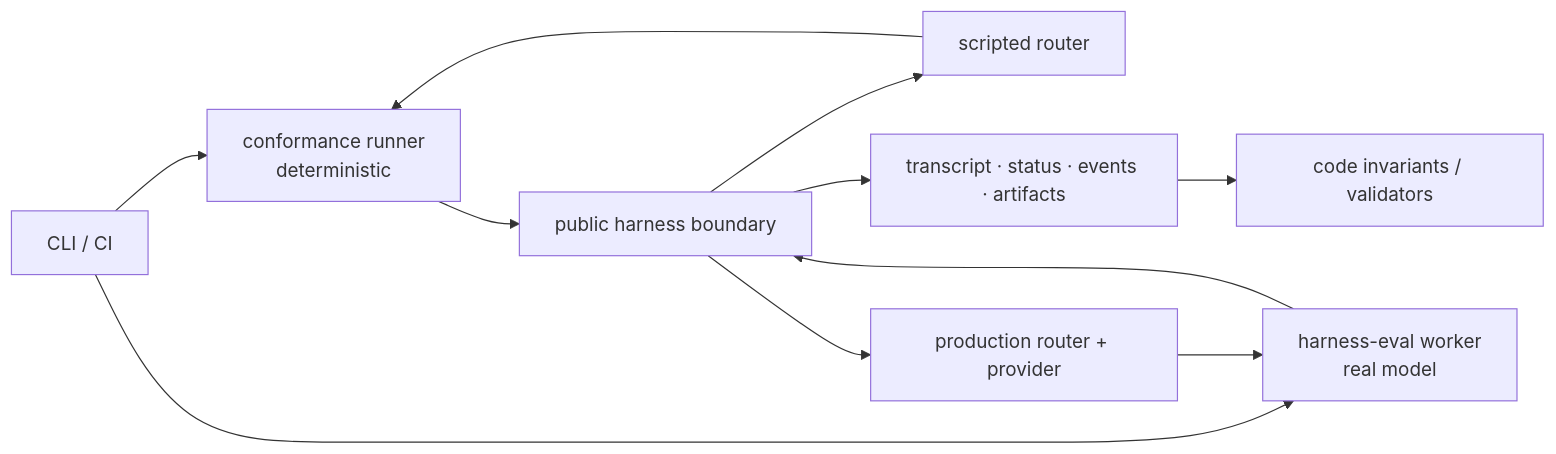
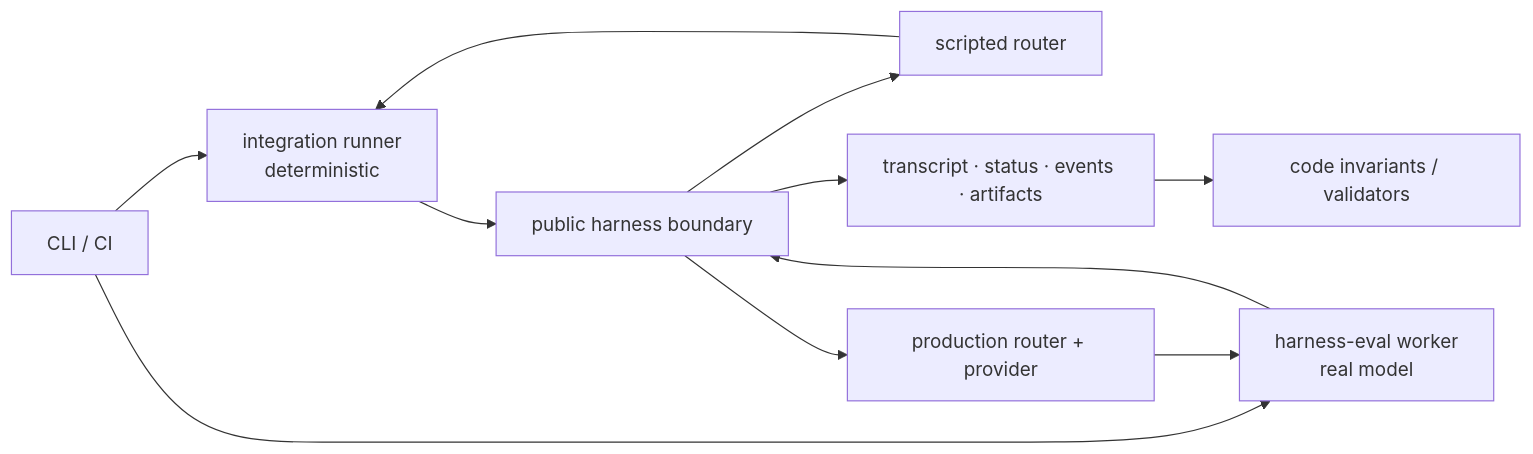
The diagram in tech-specs/2026-07-15-harness-evaluation/README.md (iii-hq/iii), drawn with Mermaid before and after one commit. The commit also changed other lines of this file and 19 other files, not shown here.

First line of the commit message:
docs: rename conformance E2E track to integration E2E

````diff
--- a/tech-specs/2026-07-15-harness-evaluation/README.md
+++ b/tech-specs/2026-07-15-harness-evaluation/README.md
@@ -27,22 +27,22 @@
 ```mermaid
 flowchart LR
   ci["CLI / CI"]
-  conformance["conformance runner\ndeterministic"]
+  integration["integration runner\ndeterministic"]
   quality["harness-eval worker\nreal model"]
   harness["public harness boundary"]
   scripted["scripted router"]
   provider["production router + provider"]
   evidence["transcript · status · events · artifacts"]
   grader["code invariants / validators"]
 
-  ci --> conformance
+  ci --> integration
   ci --> quality
-  conformance --> harness
+  integration --> harness
   quality --> harness
   harness --> scripted
   harness --> provider
   harness --> evidence
-  scripted --> conformance
+  scripted --> integration
   provider --> quality
   evidence --> grader
 ```
````
